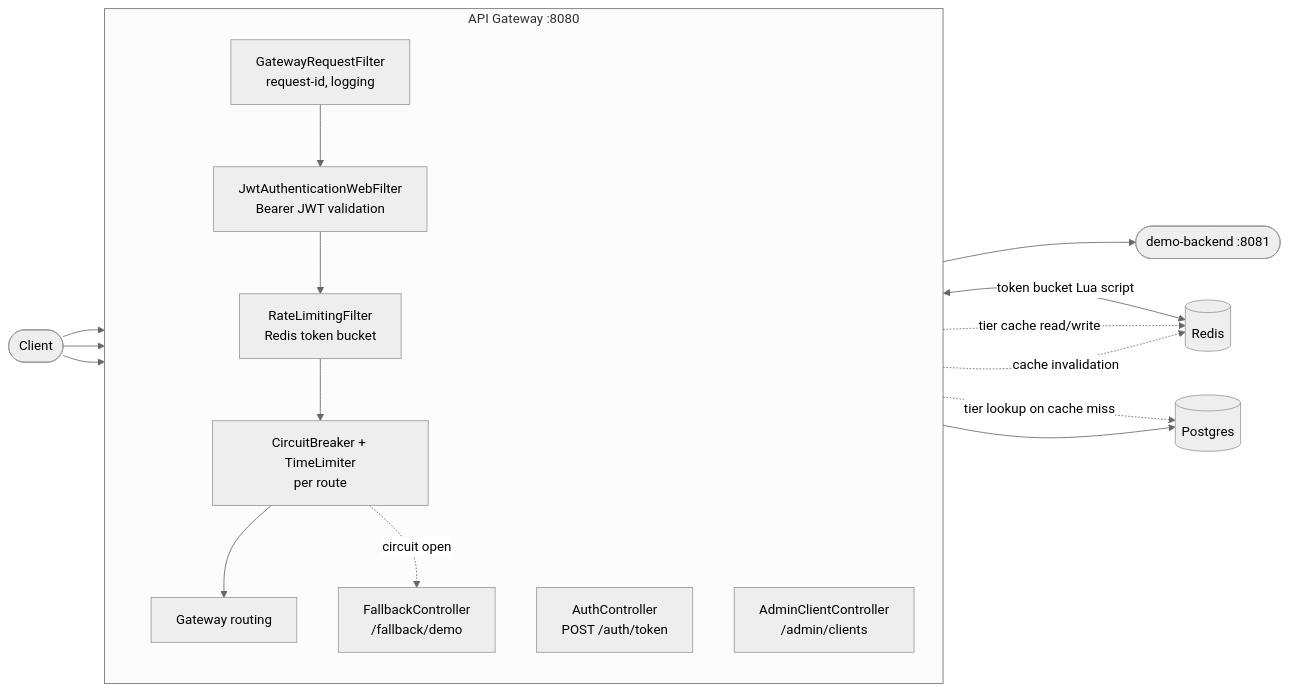
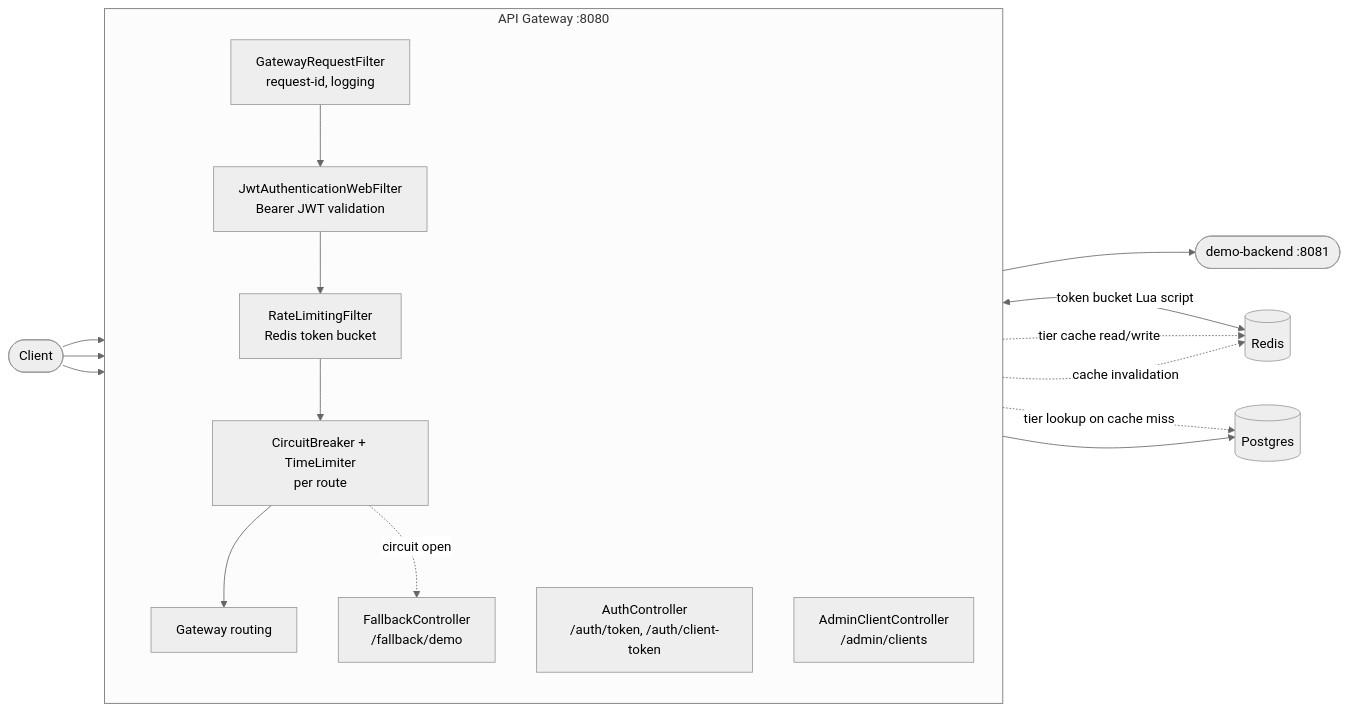
The diagram in README.md (lakshmimahadevan22/rate-limiter), drawn with Mermaid (neutral theme) before and after one commit. The commit also changed other lines of this file and 15 other files, not shown here.

````diff
--- a/README.md
+++ b/README.md
@@ -9,33 +9,33 @@
 ```mermaid
 flowchart LR
     Client([Client])
 
     subgraph Gateway["API Gateway :8080"]
         direction TB
         ReqFilter["GatewayRequestFilter<br/>request-id, logging"]
         AuthFilter["JwtAuthenticationWebFilter<br/>Bearer JWT validation"]
         RateLimit["RateLimitingFilter<br/>Redis token bucket"]
         CB["CircuitBreaker + TimeLimiter<br/>per route"]
         Routing["Gateway routing"]
-        AuthCtrl["AuthController<br/>POST /auth/token"]
+        AuthCtrl["AuthController<br/>/auth/token, /auth/client-token"]
         AdminCtrl["AdminClientController<br/>/admin/clients"]
         Fallback["FallbackController<br/>/fallback/demo"]
 
         ReqFilter --> AuthFilter --> RateLimit --> CB --> Routing
     end
 
     Backend([demo-backend :8081])
     Redis[(Redis)]
     Postgres[(Postgres)]
 
     Client --> ReqFilter
     Client --> AuthCtrl
     Client --> AdminCtrl
     Routing --> Backend
     CB -.->|circuit open| Fallback
     RateLimit <-->|token bucket Lua script| Redis
     RateLimit -.->|tier cache read/write| Redis
     RateLimit -.->|tier lookup on cache miss| Postgres
     AdminCtrl --> Postgres
     AdminCtrl -.->|cache invalidation| Redis
 ```
````
